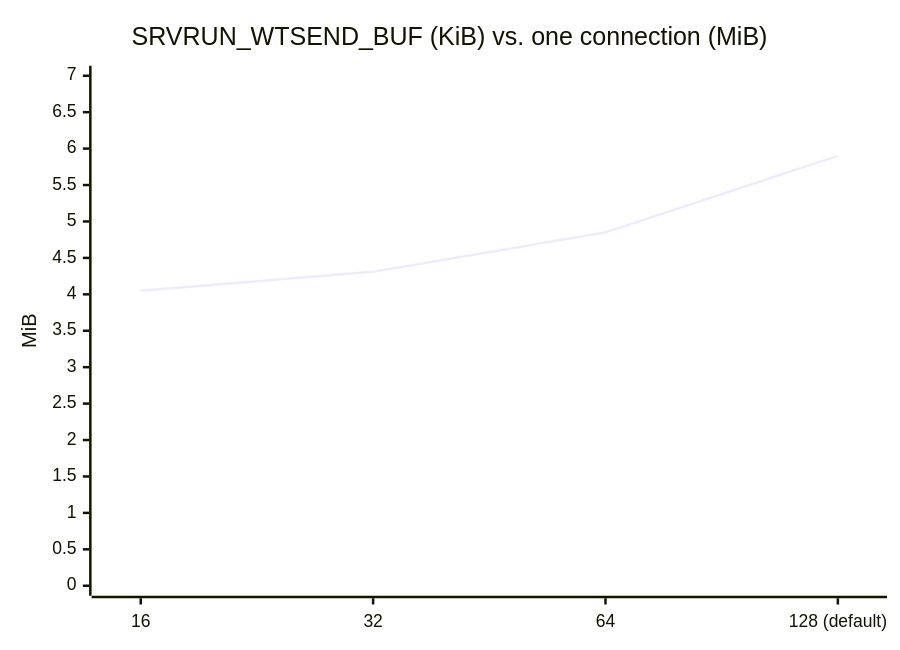
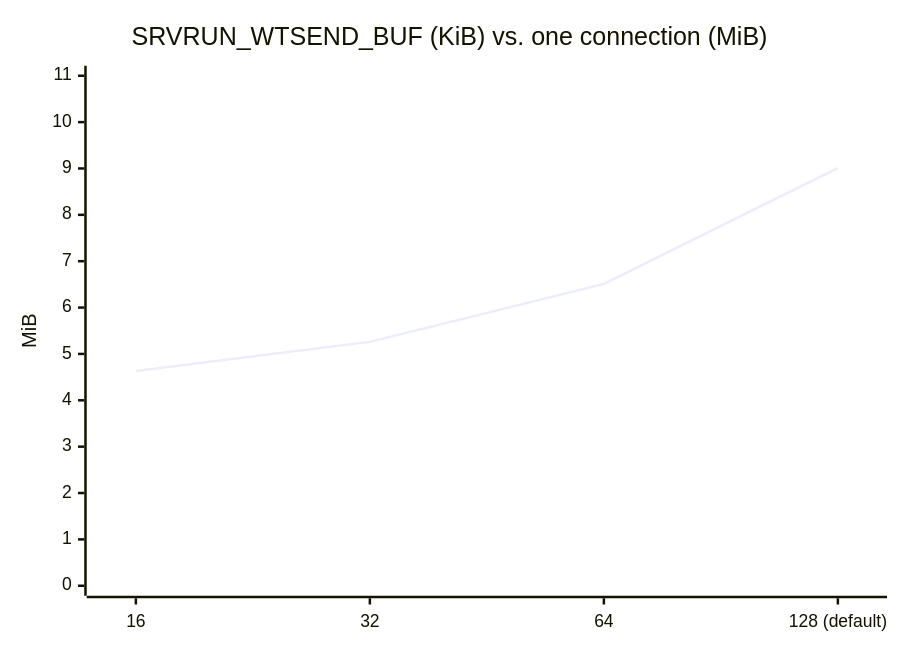
Before and after one commit to Hakkadaikon/wired: the third of 9 diagrams in docs/architecture/memory.md, drawn with Mermaid. The commit also changed other lines of this file and 4 other files, not shown here.

````diff
--- a/docs/architecture/memory.md
+++ b/docs/architecture/memory.md
@@ -98,7 +98,7 @@
 ```mermaid
 xychart-beta
     title "SRVRUN_WTSEND_BUF (KiB) vs. one connection (MiB)"
     x-axis ["16", "32", "64", "128 (default)"]
-    y-axis "MiB" 0 --> 7
-    line [4.05, 4.31, 4.85, 5.90]
+    y-axis "MiB" 0 --> 11
+    line [4.63, 5.26, 6.51, 9.01]
 ```
````
